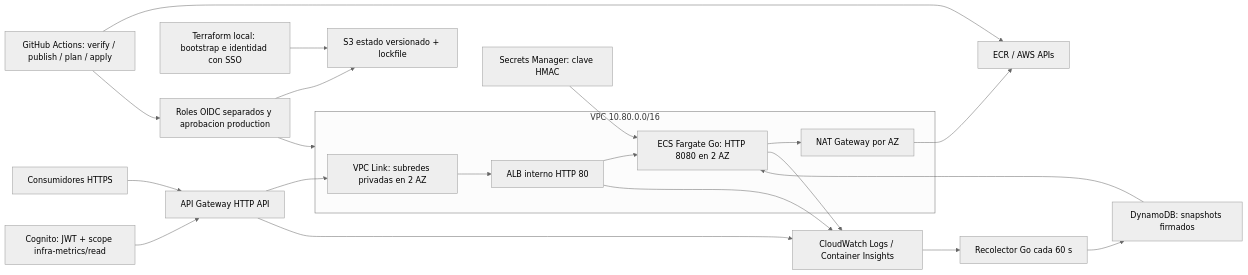
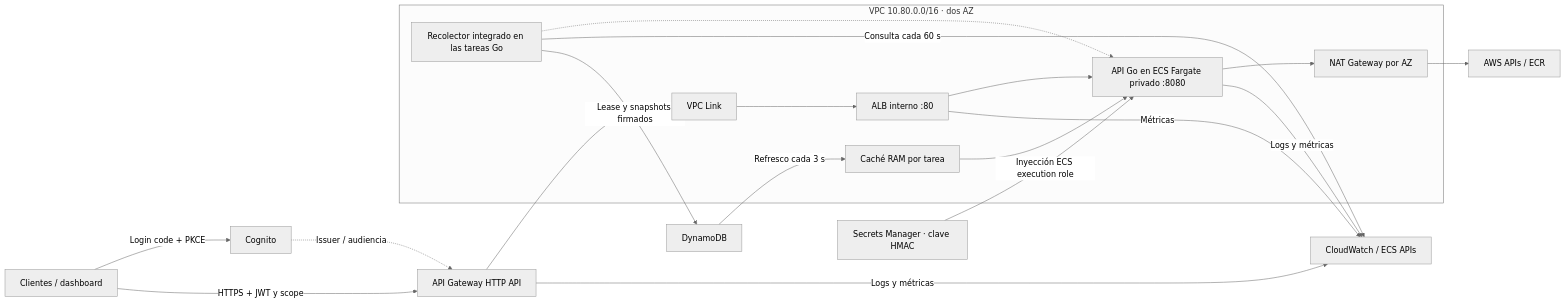
One commit to Camilo2299/MeliChallenge changed the diagram in docs/architecture.md. Above: the diagram before and after it, drawn with Mermaid (neutral theme). The commit also changed other lines of this file and 5 other files, not shown here.

Commit message:
docs: refresh AWS architecture and evidence checklist [skip ci]

````diff
--- a/docs/architecture.md
+++ b/docs/architecture.md
@@ -3,24 +9,24 @@
 ```mermaid
 flowchart LR
-  C[Consumidores HTTPS] --> G[API Gateway HTTP API]
-  IDP[Cognito: JWT + scope infra-metrics/read] --> G
-  G --> L[VPC Link: subredes privadas en 2 AZ]
-  subgraph VPC["VPC 10.80.0.0/16"]
-    L --> A[ALB interno HTTP 80]
-    A --> E[ECS Fargate Go: HTTP 8080 en 2 AZ]
+  U[Clientes / dashboard] -->|Login code + PKCE| C[Cognito]
+  U -->|HTTPS + JWT y scope| G[API Gateway HTTP API]
+  C -.->|Issuer / audiencia| G
+  G --> L[VPC Link]
+  subgraph VPC["VPC 10.80.0.0/16 · dos AZ"]
+    L --> A[ALB interno :80]
+    A --> E[API Go en ECS Fargate privado :8080]
     E --> N[NAT Gateway por AZ]
+    COL[Recolector integrado en las tareas Go]
+    CACHE[Caché RAM por tarea]
+    COL -.-> E
+    CACHE --> E
   end
-  N --> R[ECR / AWS APIs]
-  E --> CW[CloudWatch Logs / Container Insights]
-  CW --> COL[Recolector Go cada 60 s]
-  COL --> DDB[DynamoDB: snapshots firmados]
-  DDB --> E
-  SM[Secrets Manager: clave HMAC] --> E
-  G --> CW
-  A --> CW
-  TF[Terraform local: bootstrap e identidad con SSO] --> BS[S3 estado versionado + lockfile]
-  CI[GitHub Actions: verify / publish / plan / apply] --> R
-  CI --> OIDC[Roles OIDC separados y aprobacion production]
-  OIDC --> BS
-  OIDC --> VPC
+  COL -->|Consulta cada 60 s| CW[CloudWatch / ECS APIs]
+  COL -->|Lease y snapshots firmados| D[DynamoDB]
+  D -->|Refresco cada 3 s| CACHE
+  SM[Secrets Manager · clave HMAC] -->|Inyección ECS execution role| E
+  E -->|Logs y métricas| CW
+  G -->|Logs y métricas| CW
+  A -->|Métricas| CW
+  N --> API[AWS APIs / ECR]
 ```
````
